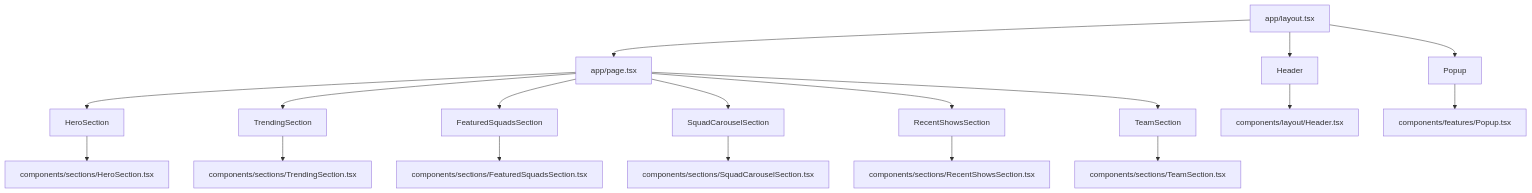
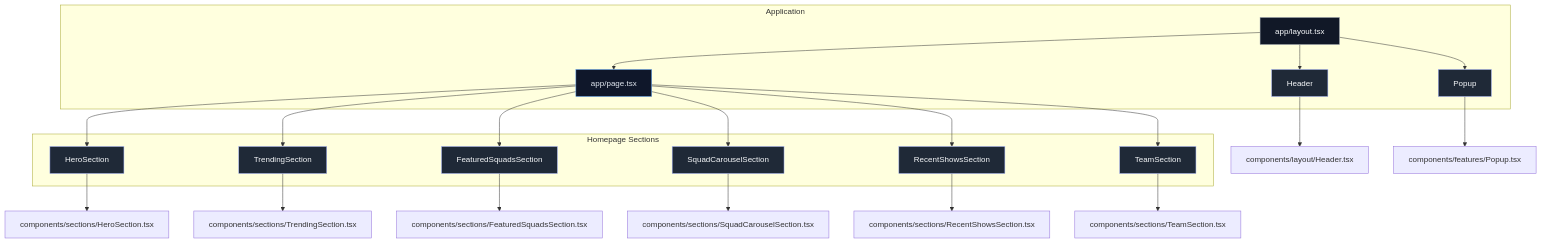
One commit to puneetshukla041/starclinch changed the diagram in README.md. Above: the diagram before and after it, drawn with Mermaid. The commit also changed other lines of this file, not shown here.

````diff
--- a/README.md
+++ b/README.md
@@ -53,20 +53,41 @@
 ```mermaid
-flowchart TD
-  A[app/layout.tsx] --> B[Header]
-  A --> C[Popup]
-  A --> D[app/page.tsx]
-  D --> E[HeroSection]
-  D --> F[TrendingSection]
-  D --> G[FeaturedSquadsSection]
-  D --> H[SquadCarouselSection]
-  D --> I[RecentShowsSection]
-  D --> J[TeamSection]
-  B --> K[components/layout/Header.tsx]
-  C --> L[components/features/Popup.tsx]
-  E --> M[components/sections/HeroSection.tsx]
-  F --> N[components/sections/TrendingSection.tsx]
-  G --> O[components/sections/FeaturedSquadsSection.tsx]
-  H --> P[components/sections/SquadCarouselSection.tsx]
-  I --> Q[components/sections/RecentShowsSection.tsx]
-  J --> R[components/sections/TeamSection.tsx]
+flowchart TB
+  classDef layout fill:#111827,stroke:#9ca3af,color:#f8fafc;
+  classDef page fill:#0f172a,stroke:#60a5fa,color:#e2e8f0;
+  classDef component fill:#1f2937,stroke:#a5b4fc,color:#f8fafc;
+
+  subgraph app[Application]
+    L[app/layout.tsx]:::layout
+    H[Header]:::component
+    P[Popup]:::component
+    M[app/page.tsx]:::page
+  end
+
+  subgraph sections[Homepage Sections]
+    S1[HeroSection]:::component
+    S2[TrendingSection]:::component
+    S3[FeaturedSquadsSection]:::component
+    S4[SquadCarouselSection]:::component
+    S5[RecentShowsSection]:::component
+    S6[TeamSection]:::component
+  end
+
+  L --> H
+  L --> P
+  L --> M
+  M --> S1
+  M --> S2
+  M --> S3
+  M --> S4
+  M --> S5
+  M --> S6
+
+  H --> HL[components/layout/Header.tsx]
+  P --> PF[components/features/Popup.tsx]
+  S1 --> S1F[components/sections/HeroSection.tsx]
+  S2 --> S2F[components/sections/TrendingSection.tsx]
+  S3 --> S3F[components/sections/FeaturedSquadsSection.tsx]
+  S4 --> S4F[components/sections/SquadCarouselSection.tsx]
+  S5 --> S5F[components/sections/RecentShowsSection.tsx]
+  S6 --> S6F[components/sections/TeamSection.tsx]
 ```
````
